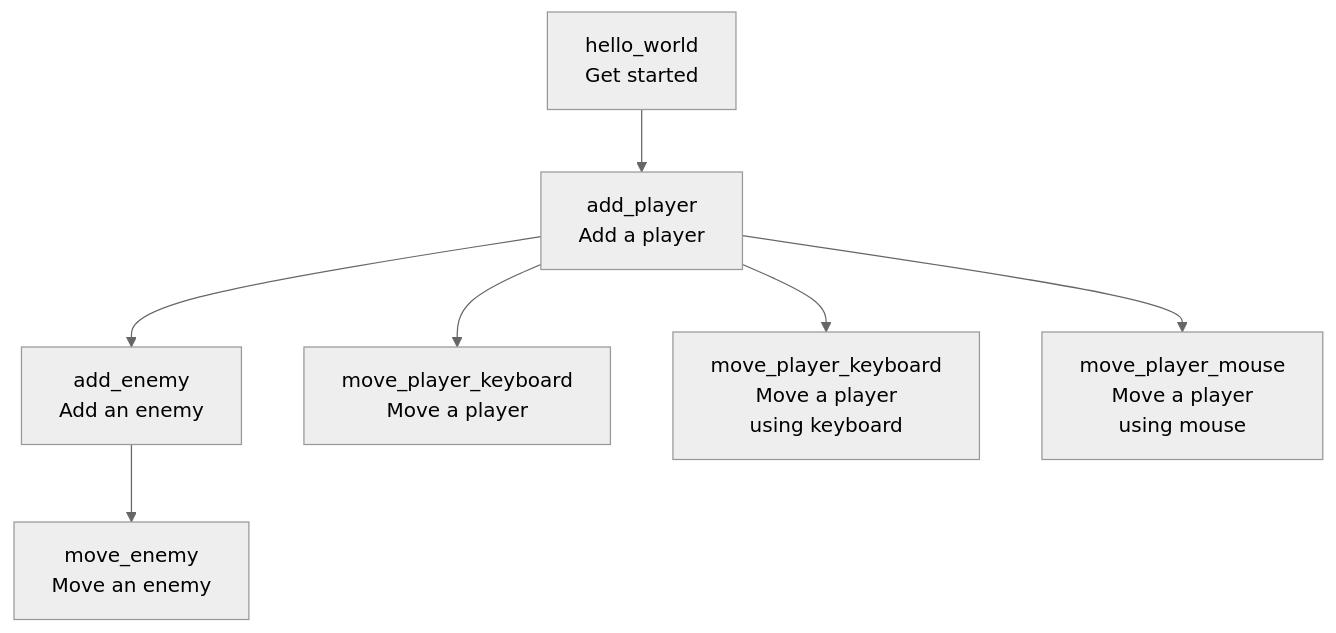
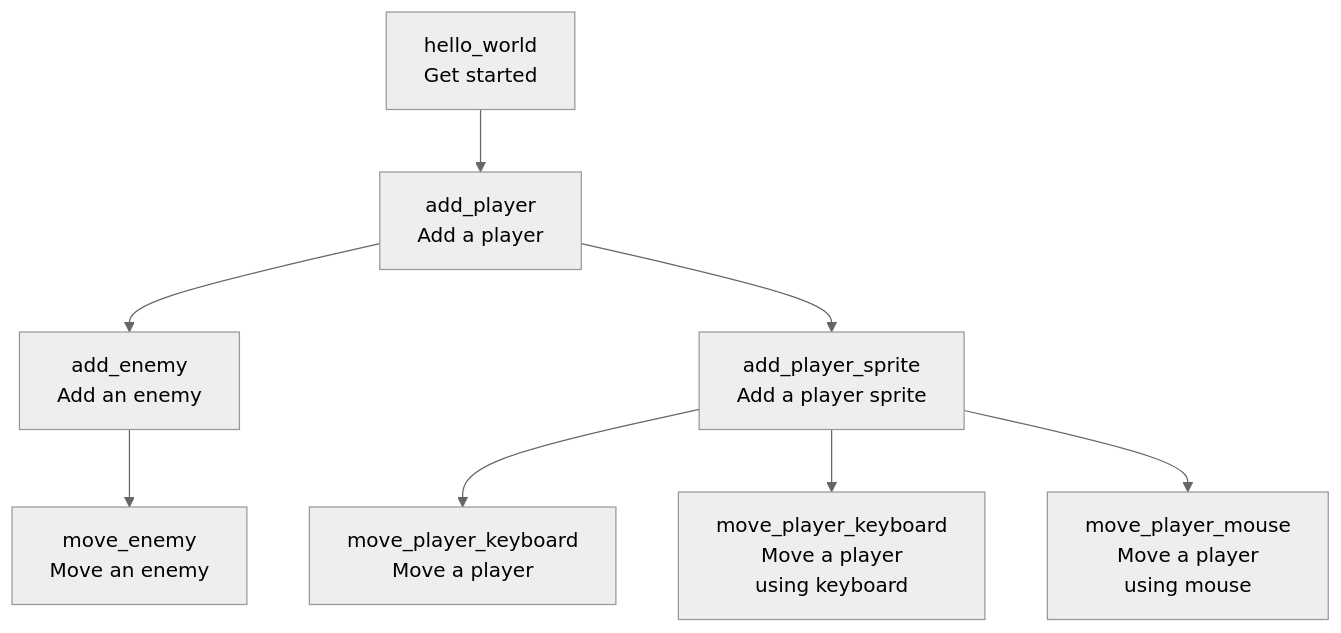
The diagram in README.md (richelbilderbeek/bevy_tdd_book), drawn with Mermaid (neutral theme) before and after one commit. The commit also changed other lines of this file and 2 other files, not shown here.

Commit message:
Start of 'add_player_sprite'

````diff
--- a/README.md
+++ b/README.md
@@ -10,19 +18,21 @@
 ```mermaid
 flowchart TD
     hello_world[hello_world\nGet started]
     add_player[add_player\nAdd a player]
+    add_player_sprite[add_player_sprite\nAdd a player sprite]
     add_enemy[add_enemy\nAdd an enemy]
     move_enemy[move_enemy\nMove an enemy]
     move_player[move_player_keyboard\nMove a player]
     move_player_keyboard[move_player_keyboard\nMove a player\nusing keyboard]
     move_player_mouse[move_player_mouse\nMove a player\nusing mouse]
 
     hello_world --> add_player
     add_player --> add_enemy
 
     add_enemy --> move_enemy
 
-    add_player --> move_player
-    add_player --> move_player_keyboard
-    add_player --> move_player_mouse
+    add_player --> add_player_sprite
+    add_player_sprite --> move_player
+    add_player_sprite --> move_player_keyboard
+    add_player_sprite --> move_player_mouse
 ```
````
